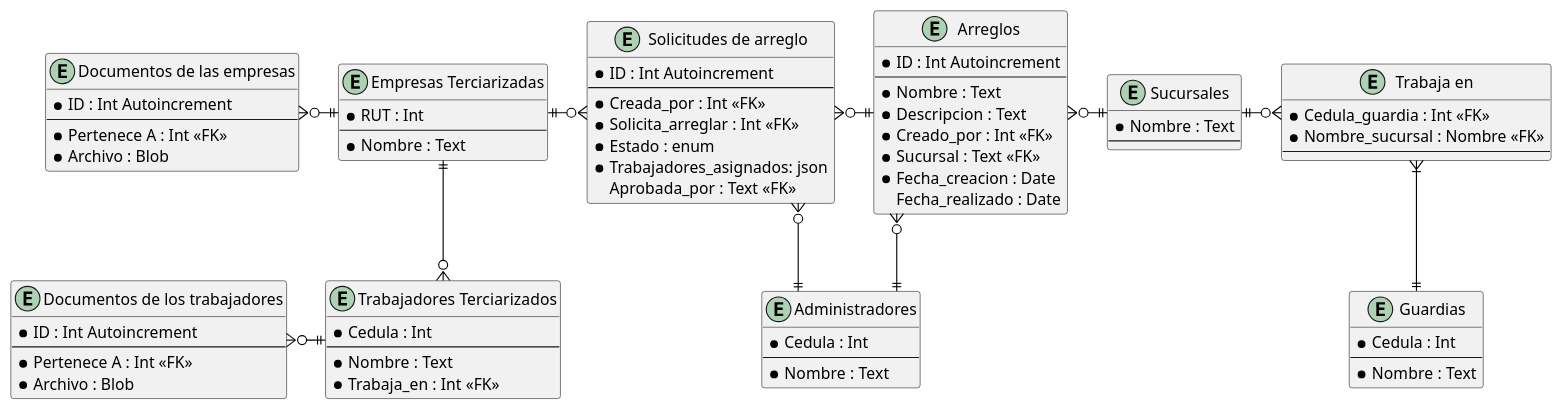
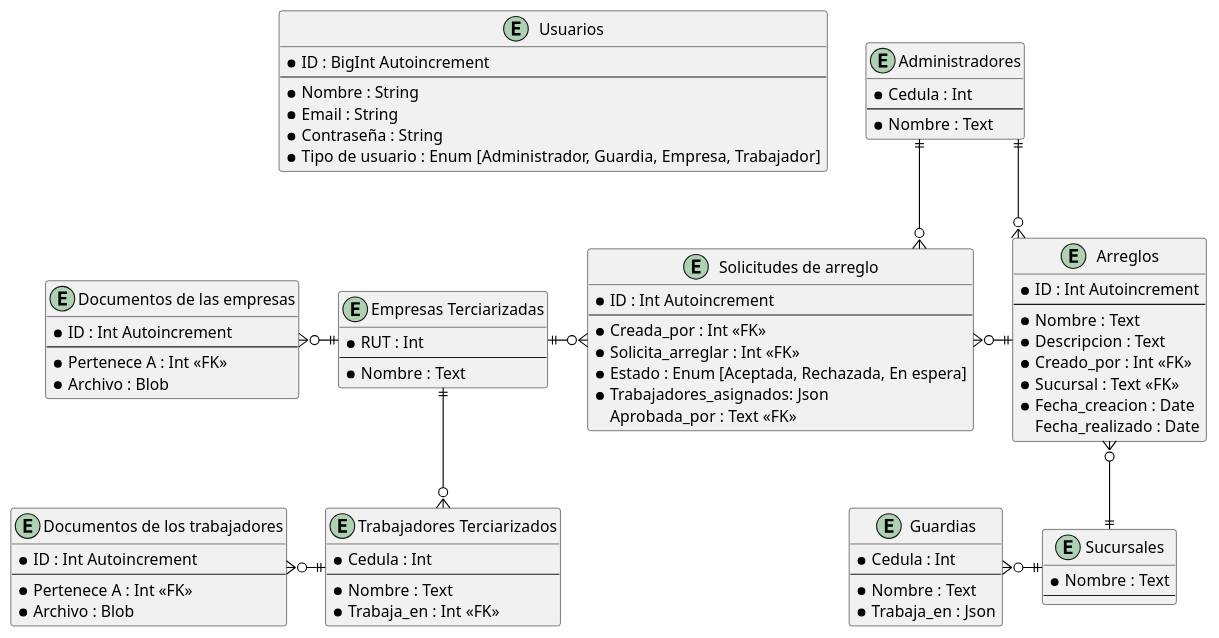
Before and after one commit to Arcemist/ProyectoUTU: the diagram in docs/Base_de_datos/Diagrama_de_base_de_datos.puml, drawn with PlantUML. The commit also changed 3 other files, not shown here.

Commit message:
Cambie El diagrama de la base de datos

```diff
--- a/docs/Base_de_datos/Diagrama_de_base_de_datos.puml
+++ b/docs/Base_de_datos/Diagrama_de_base_de_datos.puml
@@ -1,101 +1,106 @@
 @startuml "Diagrama_de_la_Base_de_datos"
 
 skinparam {
 	BackgroundColor white
 	LineType Ortho
 	ArrowColor Black
 	Entity {
 		FontColor Black
 		BackgroundColor White
 		BorderColor Black
 	}
 }
 
 'left to right direction
 
 entity "Sucursales" {
 	* Nombre : Text
 	--
 }
 
 entity "Administradores" {
 	* Cedula : Int
 	--
 	* Nombre : Text
 }
 
 entity "Guardias" {
 	* Cedula : Int
 	--
 	* Nombre : Text
-}
-
-entity "Trabaja en" {
-	* Cedula_guardia : Int <<FK>>
-	* Nombre_sucursal : Nombre <<FK>>
-	--
+    * Trabaja_en : Json
 }
 
 entity "Empresas Terciarizadas" {
 	* RUT : Int
 	--
 	* Nombre : Text
 }
 
 entity "Documentos de las empresas" {
 	* ID : Int Autoincrement
 	--
 	* Pertenece A : Int <<FK>>
 	* Archivo : Blob
 }
 
 entity "Trabajadores Terciarizados" {
 	* Cedula : Int
 	--
 	* Nombre : Text
 	* Trabaja_en : Int <<FK>>
 }
 
 entity "Documentos de los trabajadores" {
 	* ID : Int Autoincrement
 	--
 	* Pertenece A : Int <<FK>>
 	* Archivo : Blob
 }
 
+entity "Usuarios" {
+    * ID : BigInt Autoincrement
+    --
+    * Nombre : String
+    * Email : String
+    * Contraseña : String
+    * Tipo de usuario : Enum [Administrador, Guardia, Empresa, Trabajador]
+}
+
 entity "Arreglos" {
 	* ID : Int Autoincrement
 	--
 	* Nombre : Text
 	* Descripcion : Text
 	* Creado_por : Int <<FK>>
 	* Sucursal : Text <<FK>>
 	* Fecha_creacion : Date
 	  Fecha_realizado : Date
 }
 
 entity "Solicitudes de arreglo" {
 	* ID : Int Autoincrement
 	--
 	* Creada_por : Int <<FK>>
 	* Solicita_arreglar : Int <<FK>>
-	* Estado : enum
-	* Trabajadores_asignados: json
+    * Estado : Enum [Aceptada, Rechazada, En espera]
+	* Trabajadores_asignados: Json
 	  Aprobada_por : Text <<FK>>
 }
 
 ' Añadiendo las relaciones:
-"Sucursales" ||-r-o{ "Trabaja en"
-"Guardias" ||-u-|{ "Trabaja en"
-"Administradores" ||-u-o{ "Arreglos"
-"Administradores" ||-u-o{ "Solicitudes de arreglo"
-"Arreglos" }o-r-||"Sucursales"
+"Sucursales" ||-l-o{ "Guardias"
+"Administradores" ||-d-o{ "Arreglos"
+"Administradores" ||-d-o{ "Solicitudes de arreglo"
+"Arreglos" }o-d-||"Sucursales"
 "Arreglos" ||-l-o{ "Solicitudes de arreglo"
 "Empresas Terciarizadas" ||-r-o{ "Solicitudes de arreglo"
 "Empresas Terciarizadas" ||-l-o{ "Documentos de las empresas"
 "Empresas Terciarizadas" ||-d-o{ "Trabajadores Terciarizados"
 "Trabajadores Terciarizados" ||-l-o{ "Documentos de los trabajadores"
 
+"Usuarios" --[hidden]r- "Administradores"
+
 ' Puedo poner ':' despues de una relacion pa poner comentario en el medio
 
 @enduml
```
